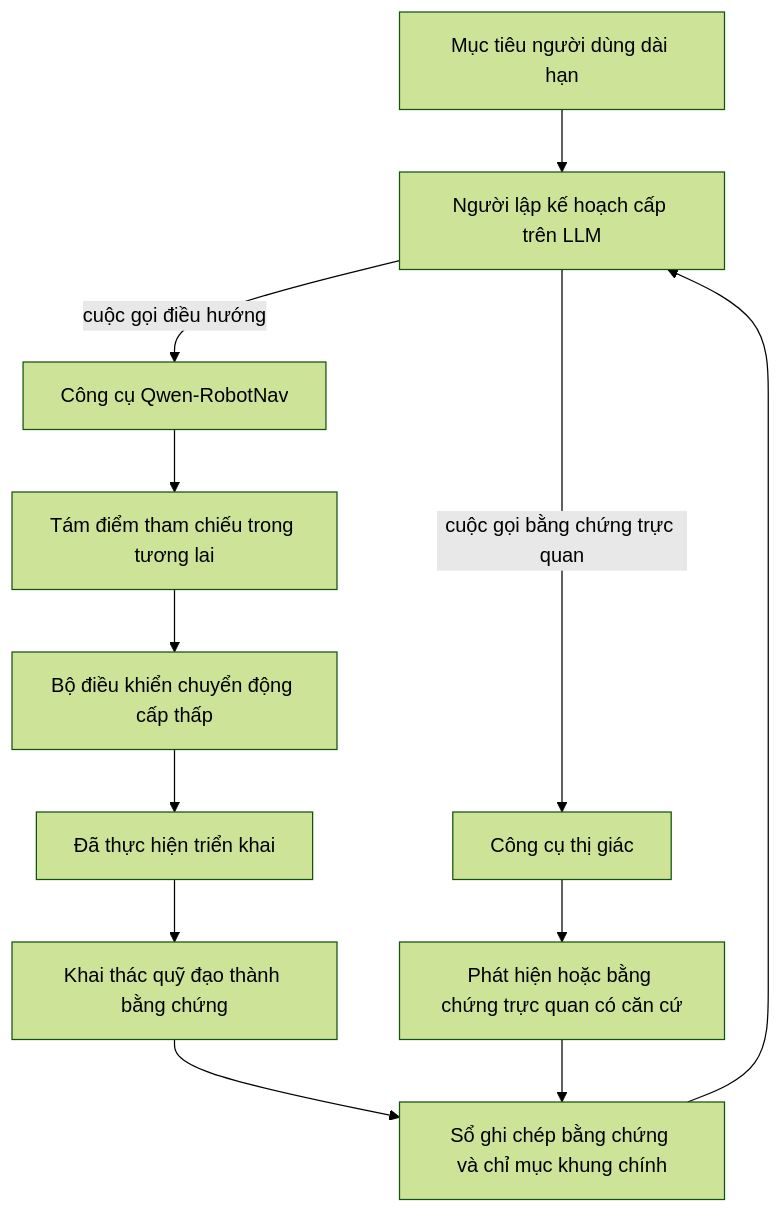
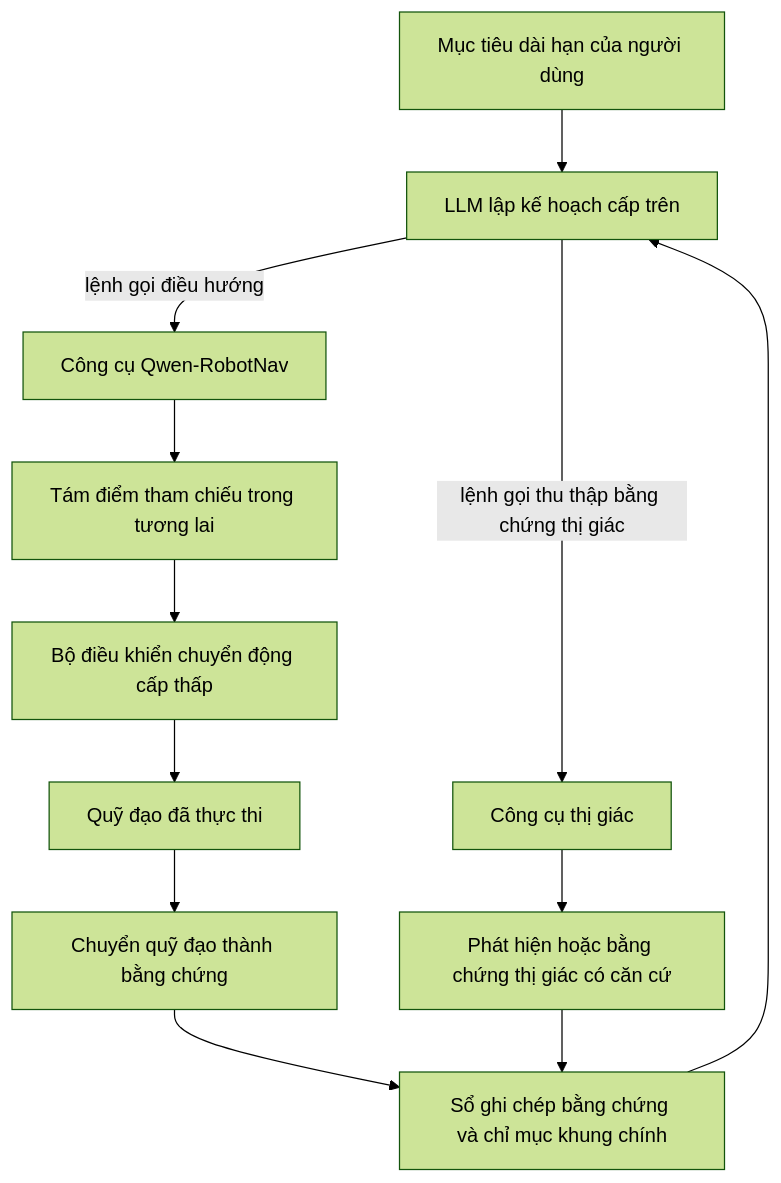
Before and after one commit to cycler04/VinRobotics-VLA: the second of 2 diagrams in docs/research_finding/01-gwen/qwen_models/Qwen-RobotNav/qwen_robotnav_details.md, drawn with Mermaid (forest theme). The commit also changed other lines of this file and 79 other files, not shown here.

````diff
--- a/docs/research_finding/01-gwen/qwen_models/Qwen-RobotNav/qwen_robotnav_details.md
+++ b/docs/research_finding/01-gwen/qwen_models/Qwen-RobotNav/qwen_robotnav_details.md
@@ -274,16 +275,16 @@
 ```mermaid
 flowchart TD
-    G[Mục tiêu người dùng dài hạn] --> LLM[Người lập kế hoạch cấp trên LLM]
-    LLM -->|cuộc gọi điều hướng| NAV[Công cụ Qwen-RobotNav]
-    LLM -->|cuộc gọi bằng chứng trực quan| VT[Công cụ thị giác]
+    G[Mục tiêu dài hạn của người dùng] --> LLM[LLM lập kế hoạch cấp trên]
+    LLM -->|lệnh gọi điều hướng| NAV[Công cụ Qwen-RobotNav]
+    LLM -->|lệnh gọi thu thập bằng chứng thị giác| VT[Công cụ thị giác]
 
     NAV --> WP[Tám điểm tham chiếu trong tương lai]
     WP --> CTRL[Bộ điều khiển chuyển động cấp thấp]
-    CTRL --> R[Đã thực hiện triển khai]
+    CTRL --> R[Quỹ đạo đã thực thi]
 
-    VT --> VE[Phát hiện hoặc bằng chứng trực quan có căn cứ]
-    R --> H[Khai thác quỹ đạo thành bằng chứng]
+    VT --> VE[Phát hiện hoặc bằng chứng thị giác có căn cứ]
+    R --> H[Chuyển quỹ đạo thành bằng chứng]
     H --> NB[Sổ ghi chép bằng chứng và chỉ mục khung chính]
     VE --> NB
     NB --> LLM
 ```
````
